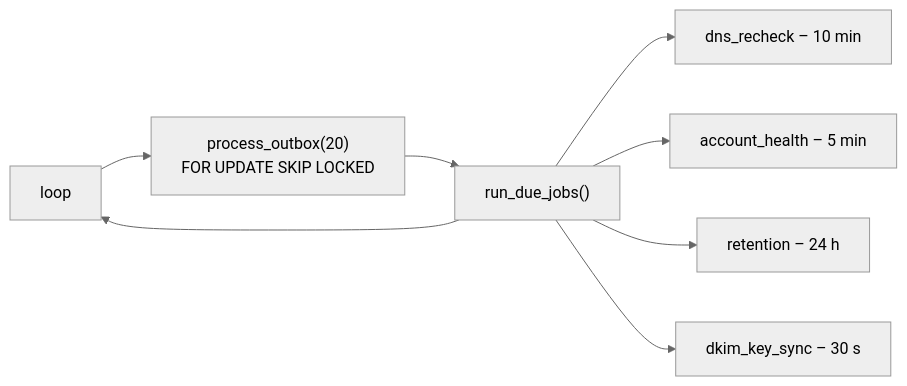
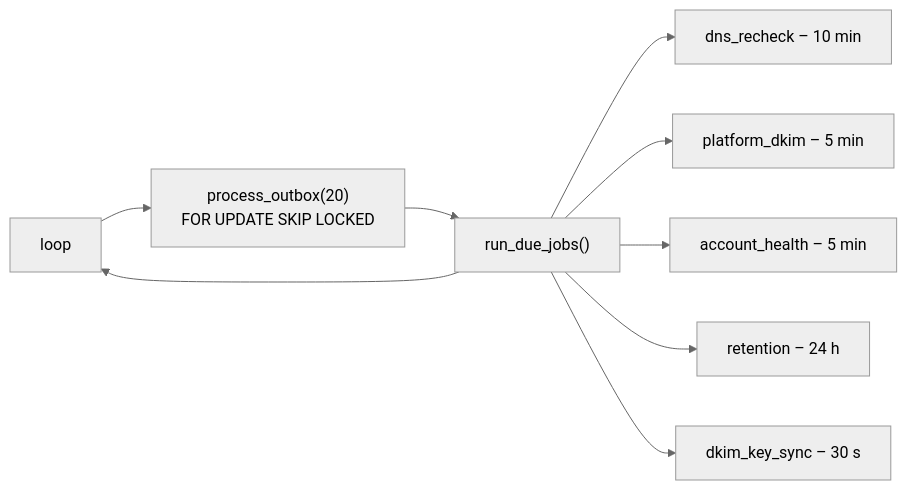
Before and after one commit to AbimbolaOO/mailvender-backend: diagram 13 of 14 in docs/ARCHITECTURE.md, drawn with Mermaid (neutral theme). The commit also changed other lines of this file and 14 other files, not shown here.

````diff
--- a/docs/ARCHITECTURE.md
+++ b/docs/ARCHITECTURE.md
@@ -640,10 +642,11 @@
 ```mermaid
 flowchart LR
     L["loop"] --> O["process_outbox(20)<br/>FOR UPDATE SKIP LOCKED"]
     O --> J["run_due_jobs()"]
     J --> L
     J --> J1["dns_recheck – 10 min"]
+    J --> J5["platform_dkim – 5 min"]
     J --> J2["account_health – 5 min"]
     J --> J3["retention – 24 h"]
     J --> J4["dkim_key_sync – 30 s"]
 ```
````
